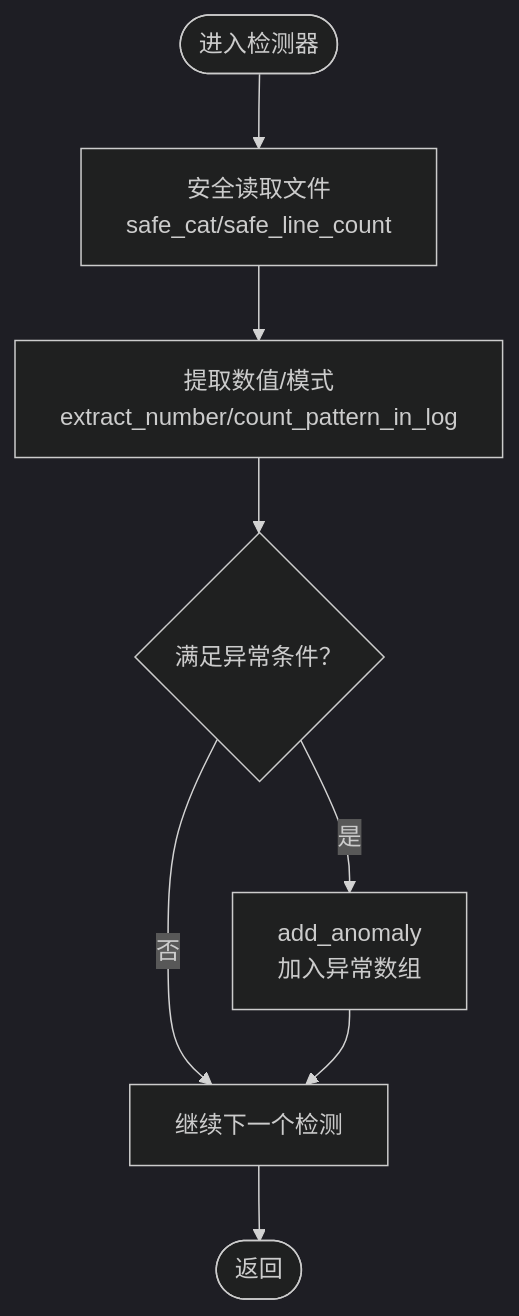
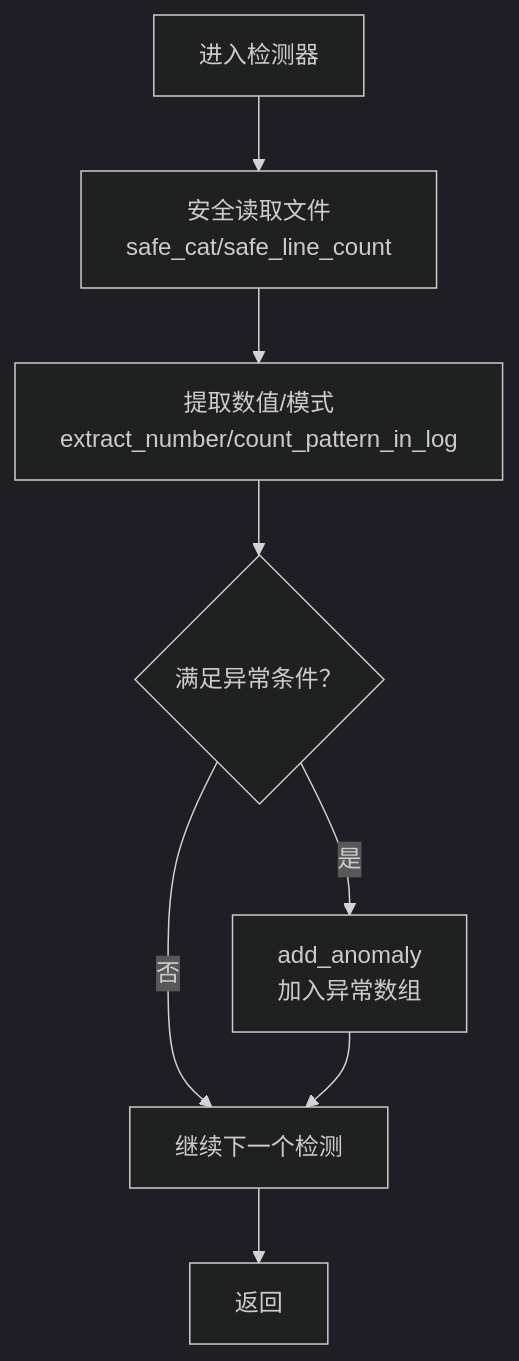
The third of 4 diagrams in .qoder/repowiki/zh/content/项目概述.md (kudig-io/kudig.sh), drawn with Mermaid (dark theme) before and after one commit. The commit also changed 8 other files, not shown here.

````diff
--- a/.qoder/repowiki/zh/content/项目概述.md
+++ b/.qoder/repowiki/zh/content/项目概述.md
@@ -100,10 +100,10 @@
 ```mermaid
 flowchart TD
-Start(["进入检测器"]) --> SafeRead["安全读取文件<br/>safe_cat/safe_line_count"]
+Start["进入检测器"] --> SafeRead["安全读取文件<br/>safe_cat/safe_line_count"]
 SafeRead --> Extract["提取数值/模式<br/>extract_number/count_pattern_in_log"]
 Extract --> Detect{"满足异常条件？"}
 Detect --> |是| Add["add_anomaly<br/>加入异常数组"]
 Detect --> |否| Next["继续下一个检测"]
 Add --> Next
-Next --> End(["返回"])
+Next --> End["返回"]
 ```
````
